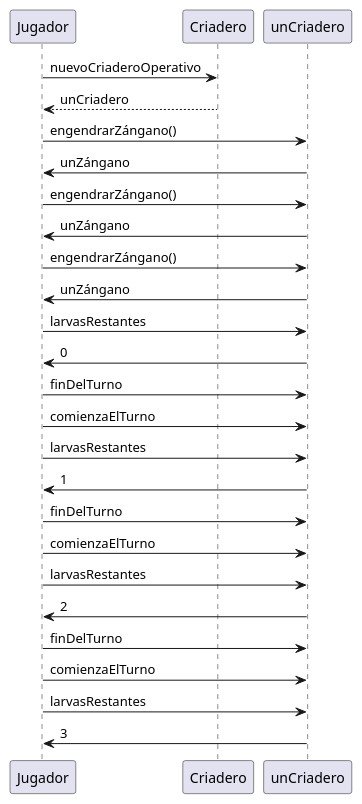
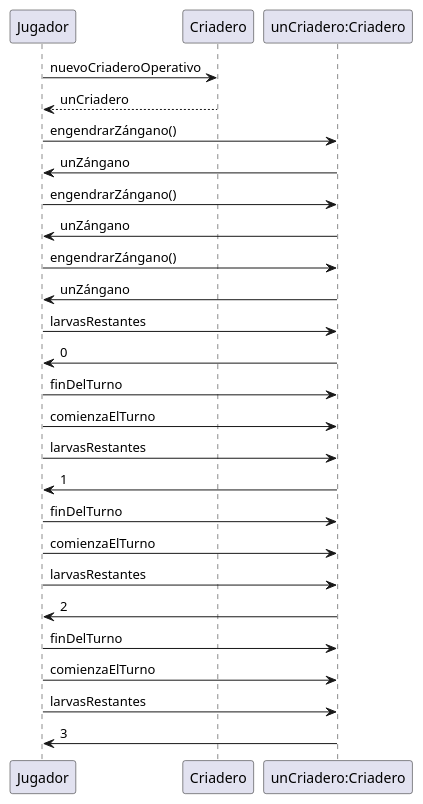
Before and after one commit to nicolasgirardi/algo3_TP2_AlgoStar: the diagram in diagrams/sequences/CasodeUso1/CriaderoEmpiezacon3LarvasConsume3LeQuedan0YSeVanRegenerando1PorTurnoHasta3.puml, drawn with PlantUML. The commit also changed 5 other files, not shown here.

```diff
--- a/diagrams/sequences/CasodeUso1/CriaderoEmpiezacon3LarvasConsume3LeQuedan0YSeVanRegenerando1PorTurnoHasta3.puml
+++ b/diagrams/sequences/CasodeUso1/CriaderoEmpiezacon3LarvasConsume3LeQuedan0YSeVanRegenerando1PorTurnoHasta3.puml
@@ -1,39 +1,39 @@
 @startuml
 'https://plantuml.com/sequence-diagram
 
 Jugador -> Criadero: nuevoCriaderoOperativo
 Criadero --> Jugador: unCriadero
 
-Jugador -> unCriadero: engendrarZángano()
-unCriadero -> Jugador: unZángano
+Jugador -> "unCriadero:Criadero": engendrarZángano()
+"unCriadero:Criadero" -> Jugador: unZángano
 
-Jugador -> unCriadero: engendrarZángano()
-unCriadero -> Jugador: unZángano
+Jugador -> "unCriadero:Criadero": engendrarZángano()
+"unCriadero:Criadero" -> Jugador: unZángano
 
-Jugador -> unCriadero: engendrarZángano()
-unCriadero -> Jugador: unZángano
+Jugador -> "unCriadero:Criadero": engendrarZángano()
+"unCriadero:Criadero" -> Jugador: unZángano
 
-Jugador -> unCriadero: larvasRestantes
-unCriadero -> Jugador: 0
+Jugador -> "unCriadero:Criadero": larvasRestantes
+"unCriadero:Criadero" -> Jugador: 0
 
-Jugador -> unCriadero: finDelTurno
+Jugador -> "unCriadero:Criadero": finDelTurno
 
-Jugador -> unCriadero: comienzaElTurno
+Jugador -> "unCriadero:Criadero": comienzaElTurno
 
-Jugador -> unCriadero: larvasRestantes
-unCriadero -> Jugador: 1
+Jugador -> "unCriadero:Criadero": larvasRestantes
+"unCriadero:Criadero" -> Jugador: 1
 
-Jugador -> unCriadero: finDelTurno
+Jugador -> "unCriadero:Criadero": finDelTurno
 
-Jugador -> unCriadero: comienzaElTurno
+Jugador -> "unCriadero:Criadero": comienzaElTurno
 
-Jugador -> unCriadero: larvasRestantes
-unCriadero -> Jugador: 2
+Jugador -> "unCriadero:Criadero": larvasRestantes
+"unCriadero:Criadero" -> Jugador: 2
 
-Jugador -> unCriadero: finDelTurno
+Jugador -> "unCriadero:Criadero": finDelTurno
 
-Jugador -> unCriadero: comienzaElTurno
+Jugador -> "unCriadero:Criadero": comienzaElTurno
 
-Jugador -> unCriadero: larvasRestantes
-unCriadero -> Jugador: 3
+Jugador -> "unCriadero:Criadero": larvasRestantes
+"unCriadero:Criadero" -> Jugador: 3
 @enduml
```
